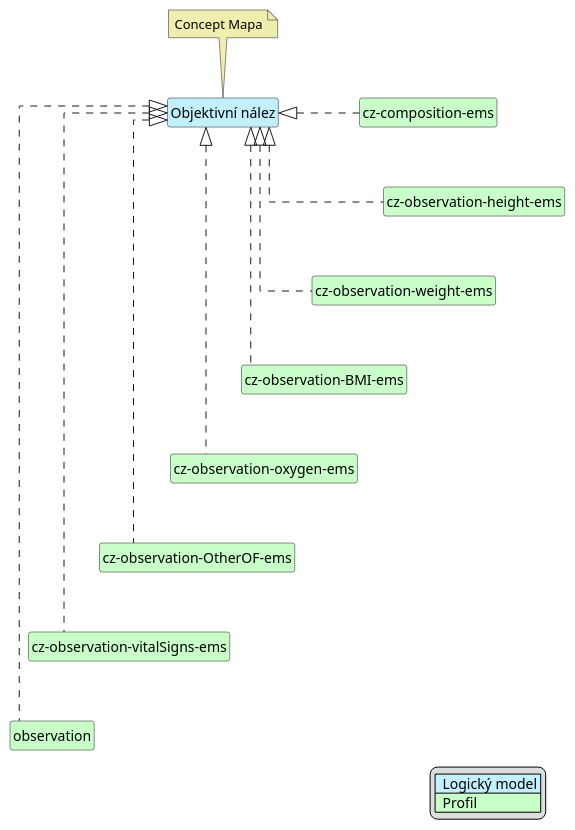
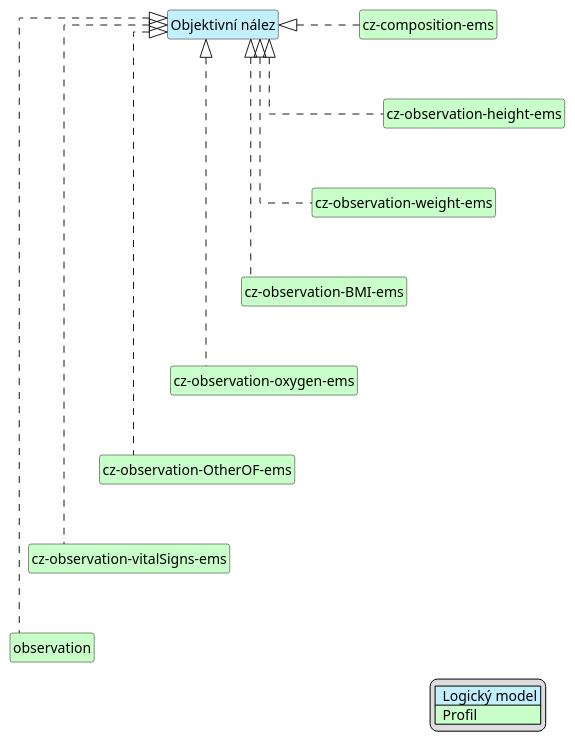
Before and after one commit to HL7-cz/cz-ems: the diagram in input/images-source/emsObjectiveFindings-map-cs.plantuml, drawn with PlantUML. The commit also changed 23 other files, not shown here.

Commit message:
úprava plantuml schémat

```diff
--- a/input/images-source/emsObjectiveFindings-map-cs.plantuml
+++ b/input/images-source/emsObjectiveFindings-map-cs.plantuml
@@ -1,47 +1,44 @@
 @startuml
 hide circle
 hide stereotype
 hide members
 hide methods
 skinparam linetype ortho
 skinparam class {
 BackgroundColor<<LogicalModel>> #APPLICATION
 BackgroundColor<<Profile>> #TECHNOLOGY
 }
 legend right
 | <#APPLICATION>  Logický model |
 | <#TECHNOLOGY>  Profil |
 endlegend
 
 class "Objektivní nález" <<LogicalModel>> [[StructureDefinition-LogObjectiveFindingsEmsCz.html]]
-note top #EEEEAE [[ConceptMap-FindingsEMS2FHIR-cz.html]]
-Concept Mapa
-endnote
 
 class "cz-composition-ems" <<Profile>> [[StructureDefinition-cz-composition-ems.html]]
 class "cz-observation-height-ems" <<Profile>> [[StructureDefinition-cz-observation-height-ems.html]]
 class "cz-observation-weight-ems" <<Profile>> [[StructureDefinition-cz-observation-weight-ems.html]]
 class "cz-observation-BMI-ems" <<Profile>> [[StructureDefinition-cz-observation-BMI-ems.html]]
 class "cz-observation-vitalSigns-ems" <<Profile>> [[StructureDefinition-cz-observation-vitalSigns-ems.html]]
 class "cz-observation-oxygen-ems" <<Profile>> [[StructureDefinition-cz-observation-oxygen-ems.html]]
 class "cz-observation-OtherOF-ems" <<Profile>> [[StructureDefinition-cz-observation-OtherOF-ems.html]]
 class "observation" <<Profile>> [[https://hl7.org/fhir/R4/observation.html]]
 
 "Objektivní nález" <|. "cz-composition-ems"
 "Objektivní nález" <|. "cz-observation-height-ems"
 "Objektivní nález" <|. "cz-observation-weight-ems"
 "Objektivní nález" <|. "cz-observation-BMI-ems"
 "Objektivní nález" <|. "cz-observation-oxygen-ems"
 "Objektivní nález" <|. "cz-observation-OtherOF-ems"
 "Objektivní nález" <|. "cz-observation-vitalSigns-ems"
 "Objektivní nález" <|. "observation"
 
 "cz-composition-ems" -d[hidden]-> "cz-observation-height-ems"
 "cz-observation-height-ems" -d[hidden]-> "cz-observation-weight-ems"
 "cz-observation-weight-ems" -d[hidden]-> "cz-observation-BMI-ems"
 "cz-observation-BMI-ems" -d[hidden]-> "cz-observation-oxygen-ems"
 "cz-observation-oxygen-ems" -d[hidden]-> "cz-observation-OtherOF-ems"
 "cz-observation-OtherOF-ems" -d[hidden]-> "cz-observation-vitalSigns-ems"
 "cz-observation-vitalSigns-ems" -d[hidden]-> "observation"
 
 @enduml
```
